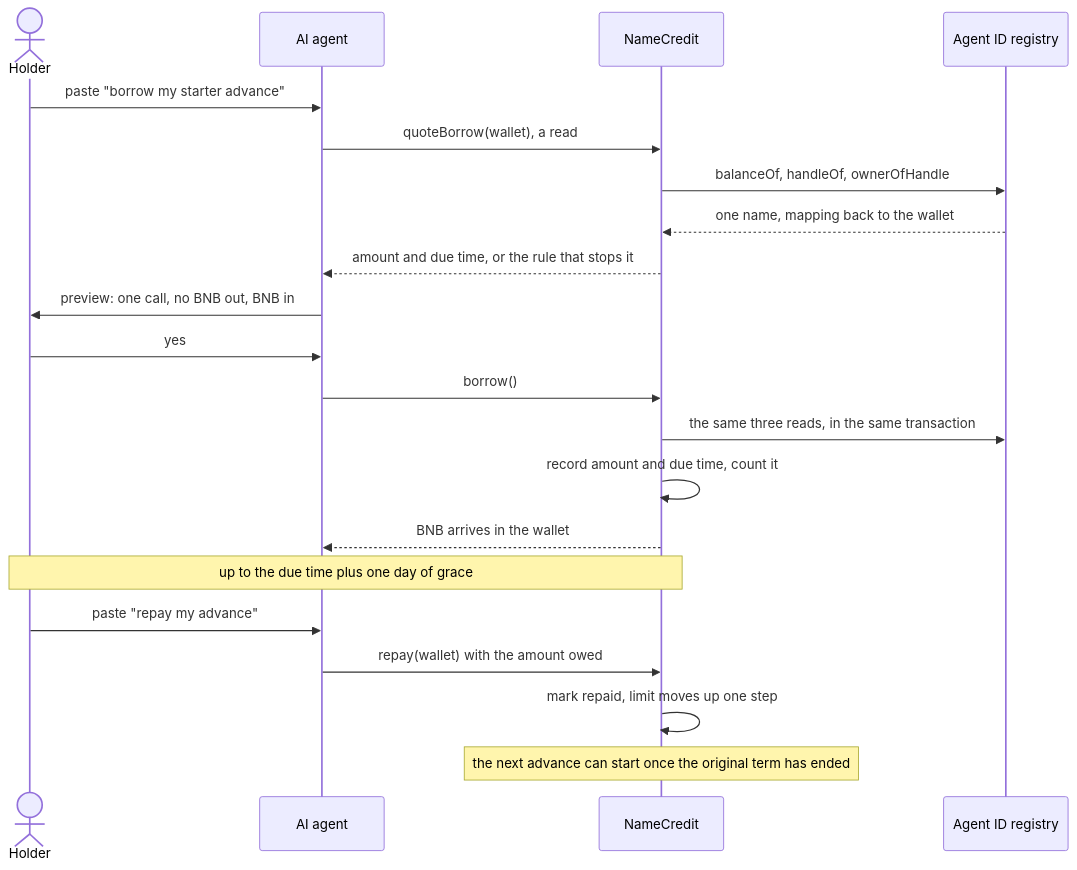
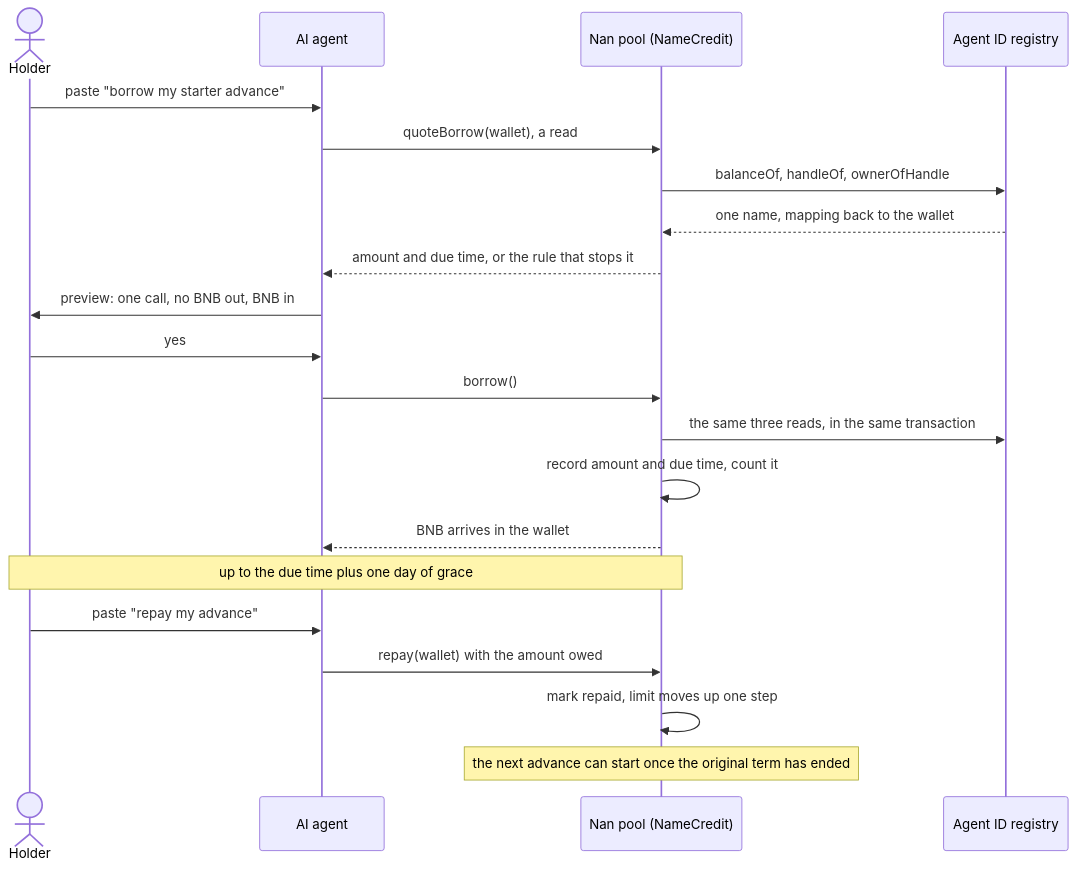
The first of 2 diagrams in apps/web/content/docs/contracts.mdx (ramakrishnanhulk20/nan), drawn with Mermaid before and after one commit. The commit also changed 3 other files, not shown here.

Commit message:
Name the pool in the diagrams

````diff
--- a/apps/web/content/docs/contracts.mdx
+++ b/apps/web/content/docs/contracts.mdx
@@ -96,24 +96,24 @@
 ```mermaid
 sequenceDiagram
   actor Holder
   participant Agent as AI agent
-  participant Credit as NameCredit
+  participant Credit as Nan pool (NameCredit)
   participant Registry as Agent ID registry
 
   Holder->>Agent: paste "borrow my starter advance"
   Agent->>Credit: quoteBorrow(wallet), a read
   Credit->>Registry: balanceOf, handleOf, ownerOfHandle
   Registry-->>Credit: one name, mapping back to the wallet
   Credit-->>Agent: amount and due time, or the rule that stops it
   Agent->>Holder: preview: one call, no BNB out, BNB in
   Holder->>Agent: yes
   Agent->>Credit: borrow()
   Credit->>Registry: the same three reads, in the same transaction
   Credit->>Credit: record amount and due time, count it
   Credit-->>Agent: BNB arrives in the wallet
   Note over Holder,Credit: up to the due time plus one day of grace
   Holder->>Agent: paste "repay my advance"
   Agent->>Credit: repay(wallet) with the amount owed
   Credit->>Credit: mark repaid, limit moves up one step
   Note over Credit: the next advance can start once the original term has ended
 ```
````
